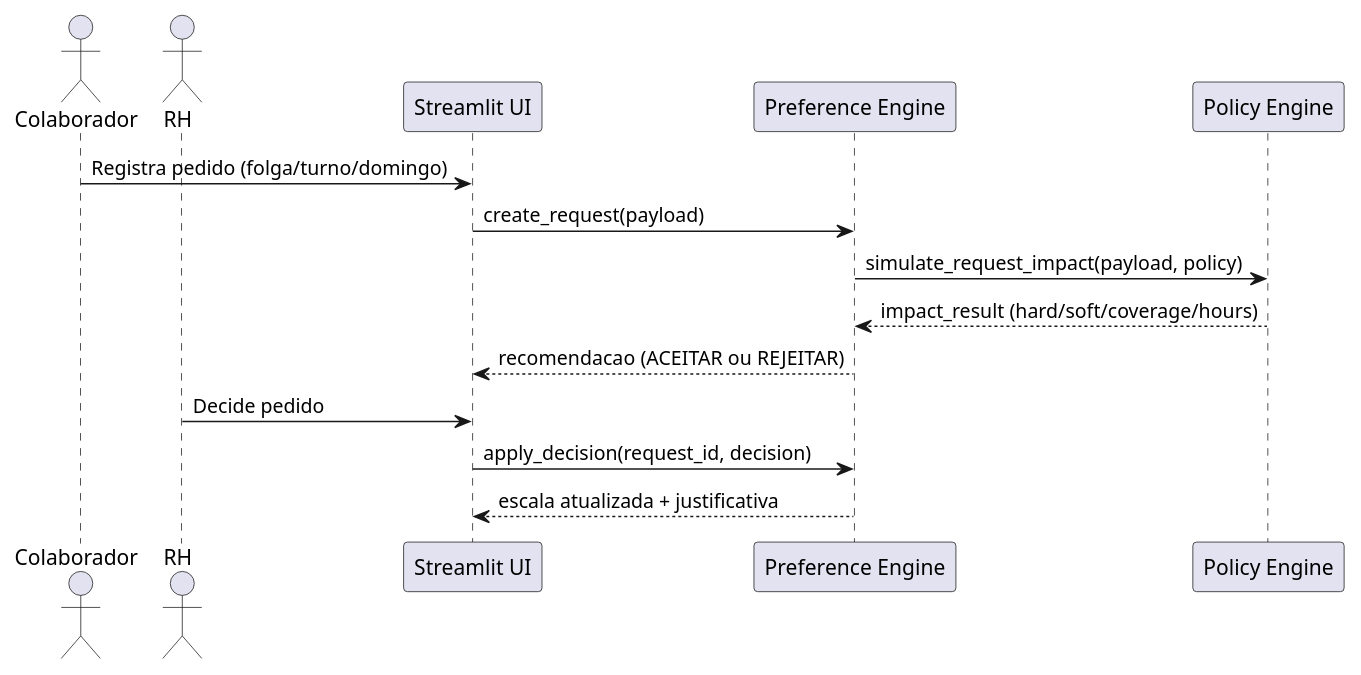
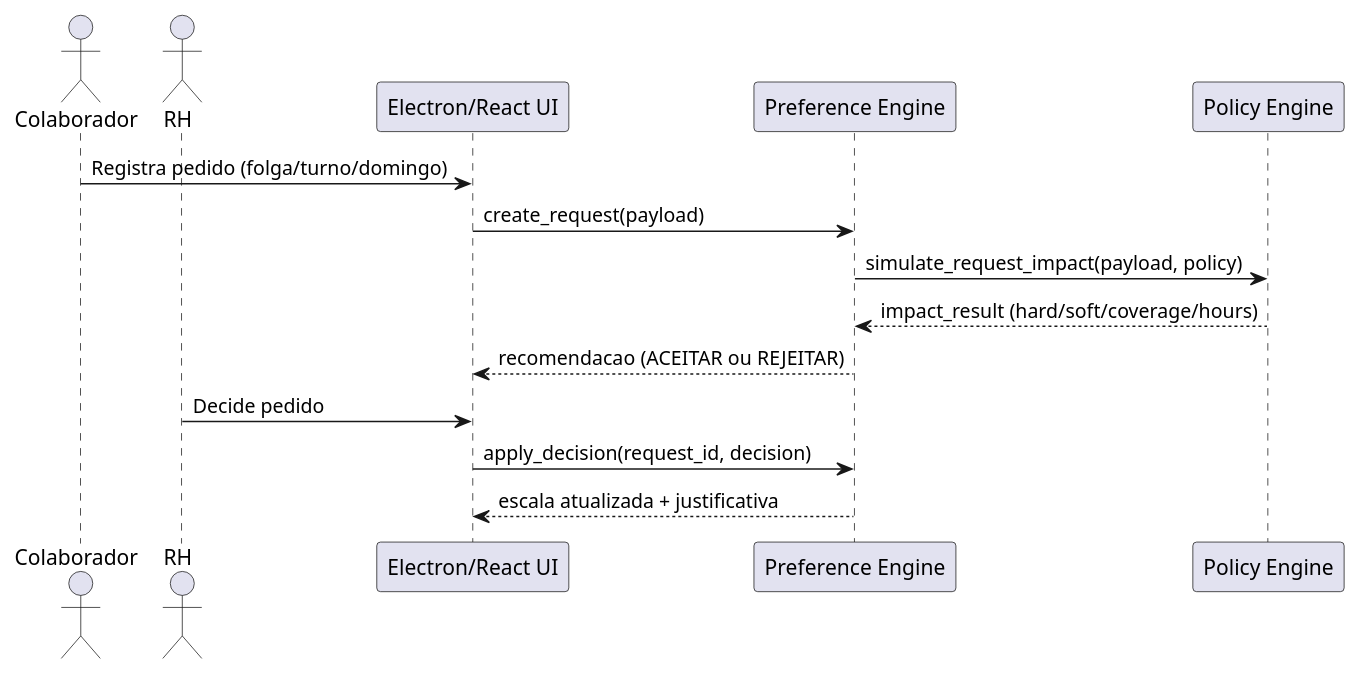
One commit to nmarcofernandess/horario changed the eighth of 11 diagrams in docs/BUILD_ARQUITETURA_MOTOR_COMPLIANCE_ESCALA_CAIXA.md. Above: the diagram before and after it, drawn with PlantUML. The commit also changed other lines of this file and 230 other files, not shown here.

````diff
--- a/docs/BUILD_ARQUITETURA_MOTOR_COMPLIANCE_ESCALA_CAIXA.md
+++ b/docs/BUILD_ARQUITETURA_MOTOR_COMPLIANCE_ESCALA_CAIXA.md
@@ -274,18 +274,18 @@
 ```plantuml
 @startuml
 actor "Colaborador" as C
 actor "RH" as RH
-participant "Streamlit UI" as UI
+participant "Electron/React UI" as UI
 participant "Preference Engine" as PREF
 participant "Policy Engine" as PE
 
 C -> UI: Registra pedido (folga/turno/domingo)
 UI -> PREF: create_request(payload)
 PREF -> PE: simulate_request_impact(payload, policy)
 PE --> PREF: impact_result (hard/soft/coverage/hours)
 PREF --> UI: recomendacao (ACEITAR ou REJEITAR)
 RH -> UI: Decide pedido
 UI -> PREF: apply_decision(request_id, decision)
 PREF --> UI: escala atualizada + justificativa
 @enduml
 ```
````
